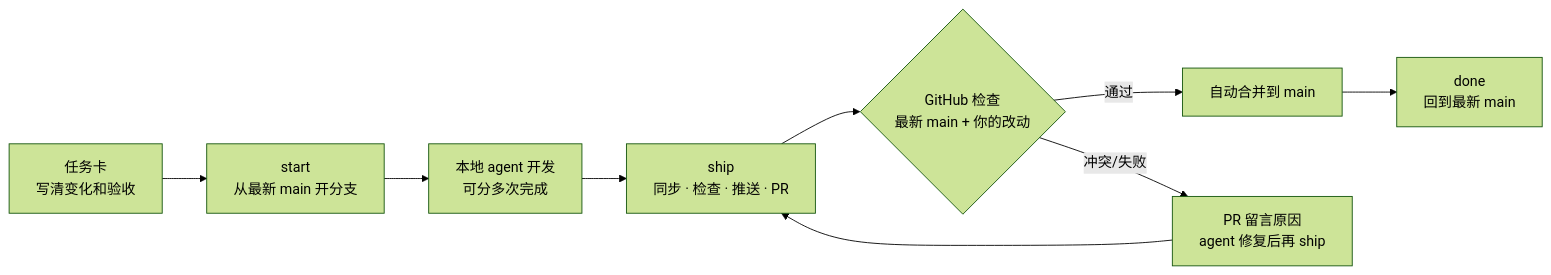
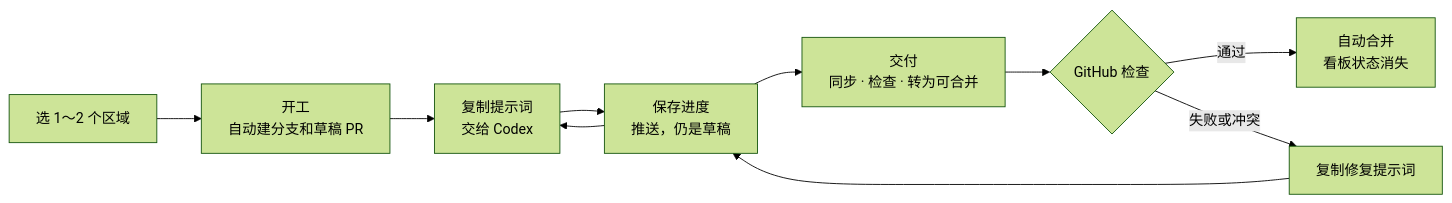
One commit to Yiiime/Project-Z changed the diagram in docs/team/START-HERE.md. Above: the diagram before and after it, drawn with Mermaid (forest theme). The commit also changed other lines of this file and 18 other files, not shown here.

````diff
--- a/docs/team/START-HERE.md
+++ b/docs/team/START-HERE.md
@@ -5,11 +5,12 @@
 ```mermaid
 flowchart LR
-  A["任务卡<br/>写清变化和验收"] --> B["start<br/>从最新 main 开分支"]
-  B --> C["本地 agent 开发<br/>可分多次完成"]
-  C --> D["ship<br/>同步 · 检查 · 推送 · PR"]
-  D --> E{"GitHub 检查<br/>最新 main + 你的改动"}
-  E -->|通过| F["自动合并到 main"]
-  E -->|冲突/失败| G["PR 留言原因<br/>agent 修复后再 ship"]
-  G --> D
-  F --> H["done<br/>回到最新 main"]
+  A["选 1～2 个区域"] --> B["开工<br/>自动建分支和草稿 PR"]
+  B --> C["复制提示词<br/>交给 Codex"]
+  C --> D["保存进度<br/>推送，仍是草稿"]
+  D --> C
+  D --> E["交付<br/>同步 · 检查 · 转为可合并"]
+  E --> F{"GitHub 检查"}
+  F -->|通过| G["自动合并<br/>看板状态消失"]
+  F -->|失败或冲突| H["复制修复提示词"]
+  H --> D
 ```
````
